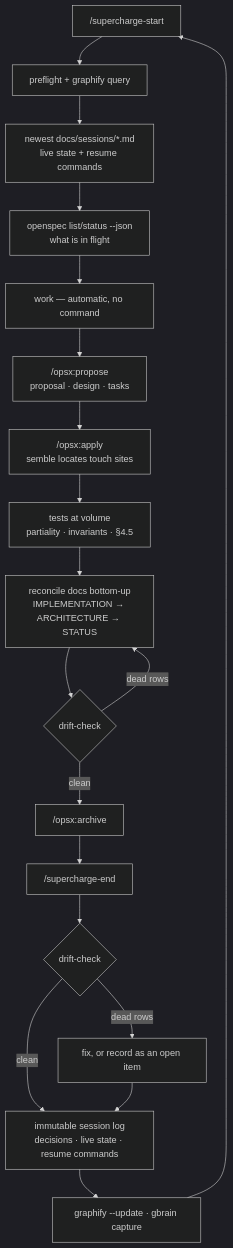
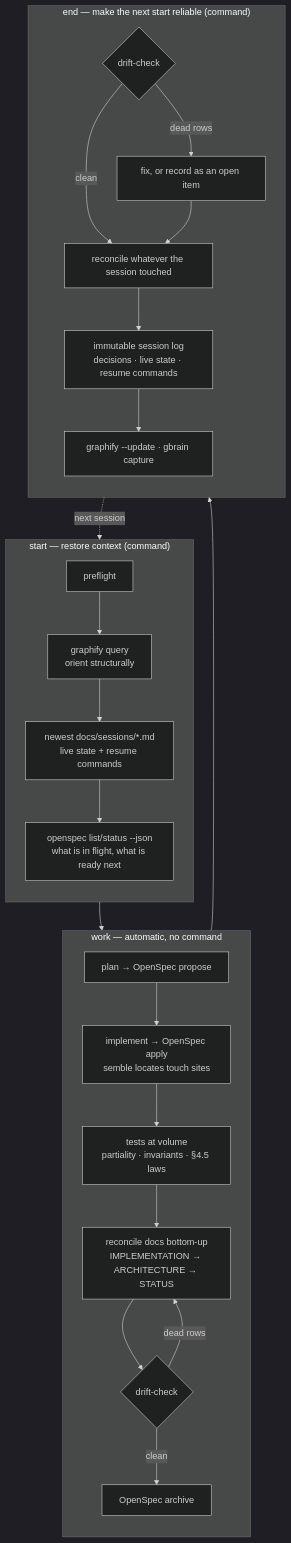
One commit to LessComplexity/supercharge changed the first of 2 diagrams in README.md. Above: the diagram before and after it, drawn with Mermaid (dark theme).

Commit message:
docs: restore the three-box flow diagram
Grouping the flow into one subgraph per mode is what makes the section match
its title — three modes, visibly three, with the sequence inside each box and
the loop back to start drawn between them. The flat chain showed every step but
made the reader infer the mode boundaries.

Reverts the diagram half of 10aba69; the rest of that commit stands.

Claude-Session: https://claude.ai/code/session_01QUtt56LSXjGi2KAcuxYALm

````diff
--- a/README.md
+++ b/README.md
@@ -63,21 +63,31 @@
 ```mermaid
 flowchart TD
-  S["/supercharge-start"] --> P["preflight + graphify query"]
-  P --> L["newest docs/sessions/*.md<br/>live state + resume commands"]
-  L --> O["openspec list/status --json<br/>what is in flight"]
-  O --> W["work — automatic, no command"]
-  W --> Plan["/opsx:propose<br/>proposal · design · tasks"]
-  Plan --> Impl["/opsx:apply<br/>semble locates touch sites"]
-  Impl --> Test["tests at volume<br/>partiality · invariants · §4.5"]
-  Test --> Rec["reconcile docs bottom-up<br/>IMPLEMENTATION → ARCHITECTURE → STATUS"]
-  Rec --> D{"drift-check"}
-  D -->|"dead rows"| Rec
-  D -->|"clean"| Arc["/opsx:archive"]
-  Arc --> E["/supercharge-end"]
-  E --> D2{"drift-check"}
-  D2 -->|"dead rows"| Fix["fix, or record as an open item"]
-  D2 -->|"clean"| Log
-  Fix --> Log["immutable session log<br/>decisions · live state · resume commands"]
-  Log --> Up["graphify --update · gbrain capture"]
-  Up --> S
+  subgraph M1["start — restore context (command)"]
+    direction TB
+    A1["preflight"] --> A2["graphify query<br/>orient structurally"]
+    A2 --> A3["newest docs/sessions/*.md<br/>live state + resume commands"]
+    A3 --> A4["openspec list/status --json<br/>what is in flight, what is ready next"]
+  end
+
+  subgraph M2["work — automatic, no command"]
+    direction TB
+    B1["plan → OpenSpec propose"] --> B2["implement → OpenSpec apply<br/>semble locates touch sites"]
+    B2 --> B3["tests at volume<br/>partiality · invariants · §4.5 laws"]
+    B3 --> B4["reconcile docs bottom-up<br/>IMPLEMENTATION → ARCHITECTURE → STATUS"]
+    B4 --> B5{"drift-check"}
+    B5 -->|"dead rows"| B4
+    B5 -->|"clean"| B6["OpenSpec archive"]
+  end
+
+  subgraph M3["end — make the next start reliable (command)"]
+    direction TB
+    C1{"drift-check"} -->|"dead rows"| C2["fix, or record as an open item"]
+    C1 -->|"clean"| C3
+    C2 --> C3["reconcile whatever the session touched"]
+    C3 --> C4["immutable session log<br/>decisions · live state · resume commands"]
+    C4 --> C5["graphify --update · gbrain capture"]
+  end
+
+  M1 --> M2 --> M3
+  M3 -.->|"next session"| M1
 ```
````
